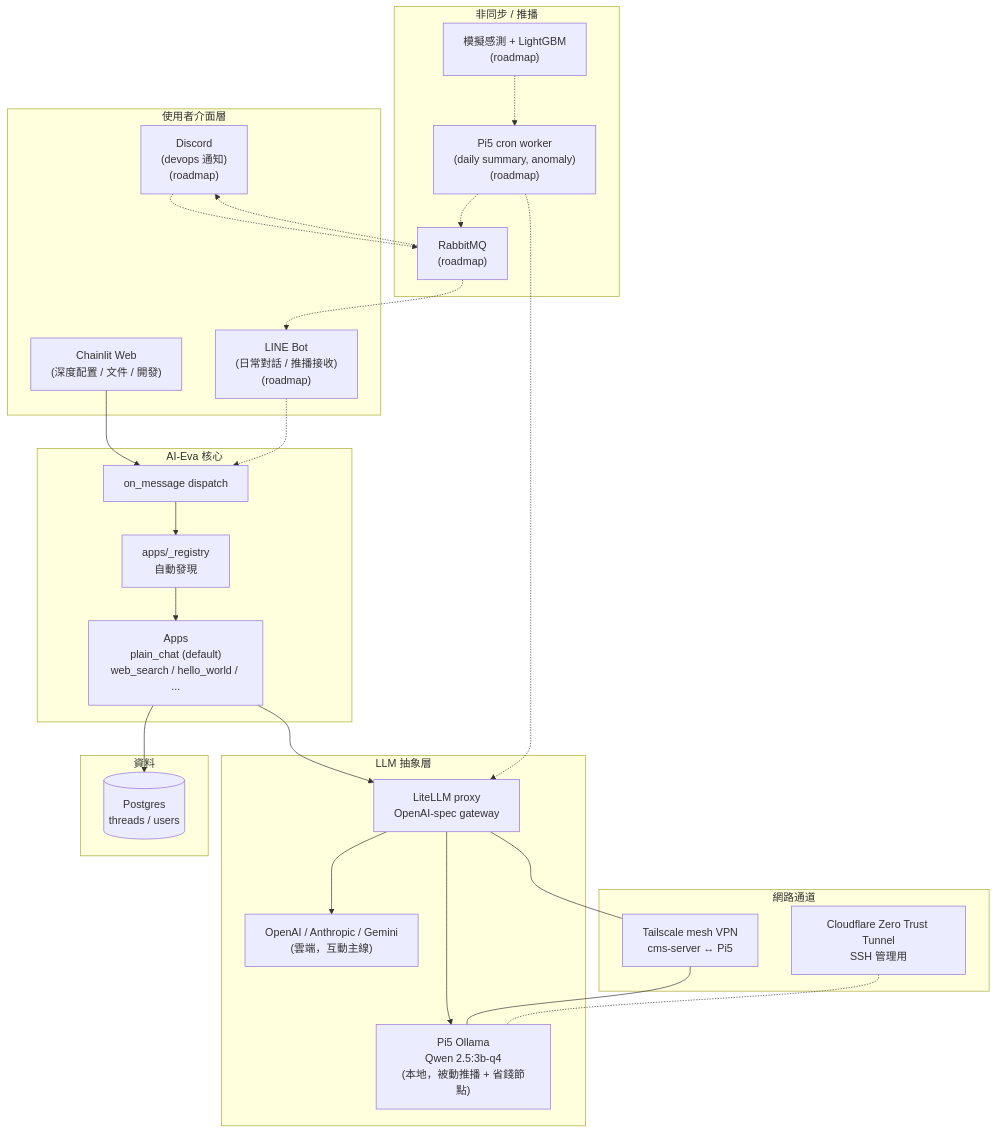
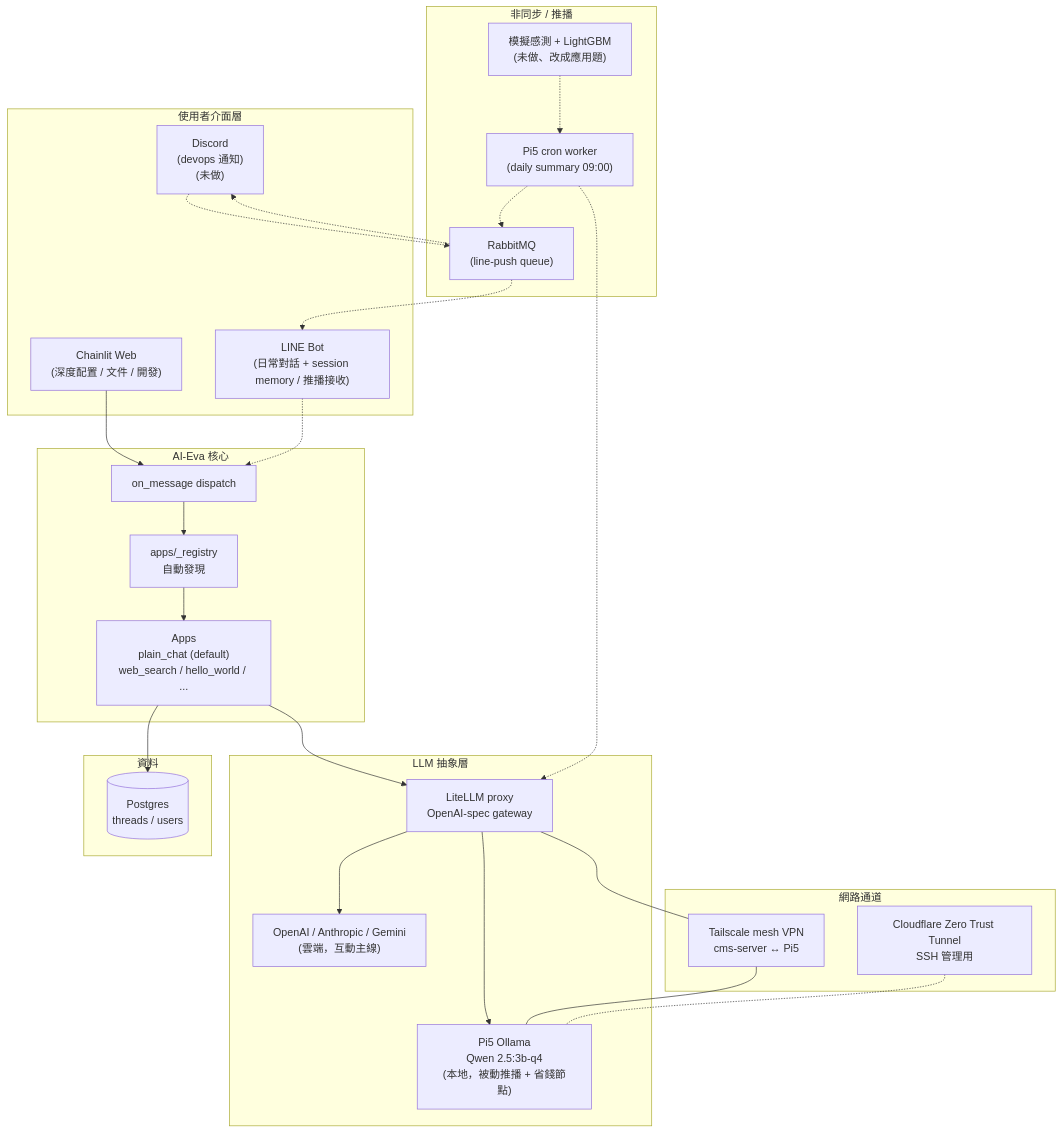
Before and after one commit to towNingtek/ai-eva: the diagram in README.md, drawn with Mermaid. The commit also changed other lines of this file, not shown here.

First line of the commit message:
docs: README 收斂 — 拿掉 LLMTwins、roadmap 整節砍掉

````diff
--- a/README.md
+++ b/README.md
@@ -26,56 +13,57 @@
 ```mermaid
+%%{init: {'theme': 'default', 'themeVariables': {'background': '#ffffff'}}}%%
 flowchart TB
     subgraph Surface["使用者介面層"]
         Web["Chainlit Web<br/>(深度配置 / 文件 / 開發)"]
-        LINE["LINE Bot<br/>(日常對話 / 推播接收)<br/>(roadmap)"]
-        Discord["Discord<br/>(devops 通知)<br/>(roadmap)"]
+        LINE["LINE Bot<br/>(日常對話 + session memory / 推播接收)"]
+        Discord["Discord<br/>(devops 通知)<br/>(未做)"]
     end
 
     subgraph Eva["AI-Eva 核心"]
         Dispatch["on_message dispatch"]
         Registry["apps/_registry<br/>自動發現"]
         Apps["Apps<br/>plain_chat (default)<br/>web_search / hello_world / ..."]
     end
 
     subgraph LLM["LLM 抽象層"]
         LiteLLM["LiteLLM proxy<br/>OpenAI-spec gateway"]
         OpenAI["OpenAI / Anthropic / Gemini<br/>(雲端，互動主線)"]
         PiLLM["Pi5 Ollama<br/>Qwen 2.5:3b-q4<br/>(本地，被動推播 + 省錢節點)"]
     end
 
     subgraph Net["網路通道"]
         Tailscale["Tailscale mesh VPN<br/>cms-server ↔ Pi5"]
         CFTunnel["Cloudflare Zero Trust Tunnel<br/>SSH 管理用"]
     end
 
     subgraph Async["非同步 / 推播"]
-        RMQ["RabbitMQ<br/>(roadmap)"]
-        Cron["Pi5 cron worker<br/>(daily summary, anomaly)<br/>(roadmap)"]
-        Sim["模擬感測 + LightGBM<br/>(roadmap)"]
+        RMQ["RabbitMQ<br/>(line-push queue)"]
+        Cron["Pi5 cron worker<br/>(daily summary 09:00)"]
+        Sim["模擬感測 + LightGBM<br/>(未做、改成應用題)"]
     end
 
     subgraph Store["資料"]
         PG[(Postgres<br/>threads / users)]
     end
 
     Web --> Dispatch
     LINE -.-> Dispatch
     Discord -.-> RMQ
 
     Dispatch --> Registry --> Apps
     Apps --> LiteLLM
     LiteLLM --> OpenAI
     LiteLLM --> PiLLM
     LiteLLM --- Tailscale
     Tailscale --- PiLLM
 
     Apps --> PG
 
     Sim -.-> Cron
     Cron -.-> LiteLLM
     Cron -.-> RMQ
     RMQ -.-> LINE
     RMQ -.-> Discord
 
     CFTunnel -.- PiLLM
 ```
````
